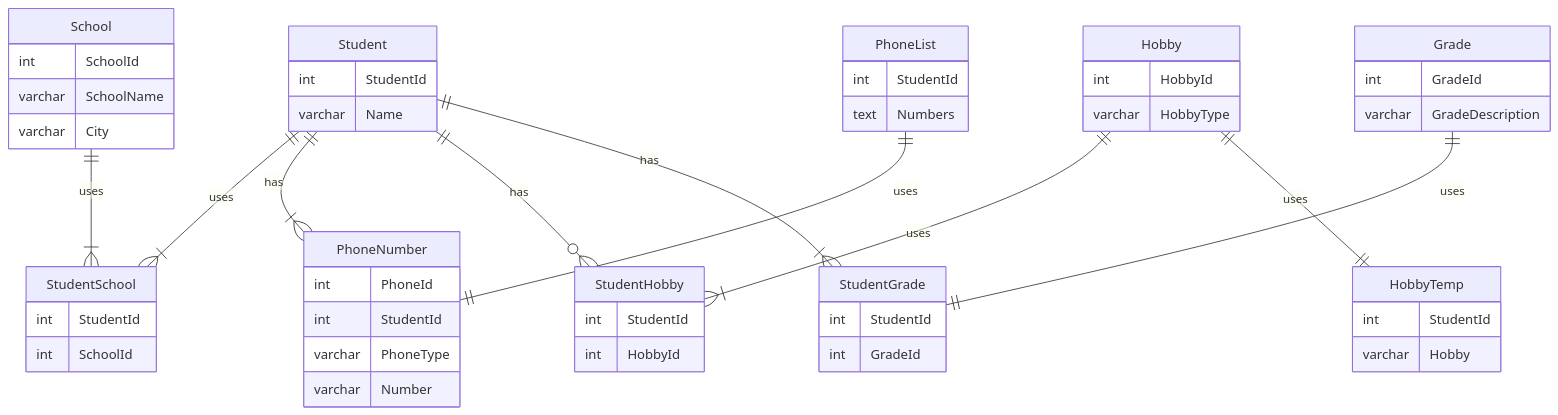
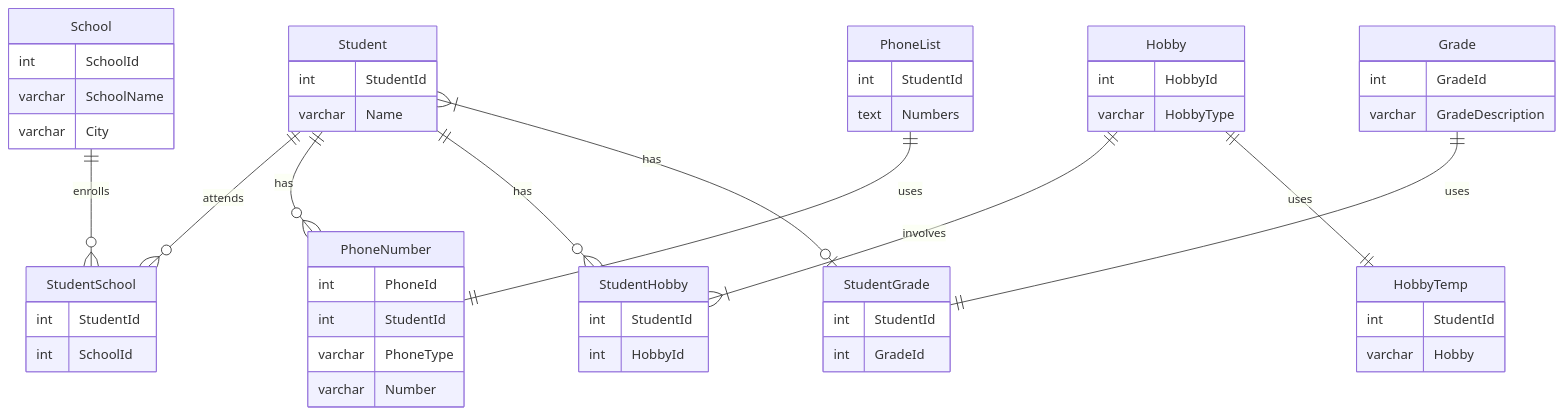
The diagram in README.md (HannahDJU22/db2022-Projekt1), drawn with Mermaid before and after one commit.

Commit message:
updated er-diagram relations

````diff
--- a/README.md
+++ b/README.md
@@ -6,55 +6,55 @@
 ```mermaid
 erDiagram
 Student{
 int StudentId
 varchar Name
 }
 School{
 int SchoolId
 varchar SchoolName
 varchar City
 }
 StudentSchool{
 int StudentId
 int SchoolId
 }
 PhoneNumber{
 int PhoneId
 int StudentId
 varchar PhoneType
 varchar Number
 }
 Hobby{
 int HobbyId
 varchar HobbyType
 }
 StudentHobby{
 int StudentId
 int HobbyId
 }
 Grade{
 int GradeId
 varchar GradeDescription
 }
 StudentGrade{
 int StudentId
 int GradeId
 }
 HobbyTemp{
 int StudentId
 varchar Hobby
 }
 PhoneList{
 int StudentId
 text Numbers
 }
-Student ||--|{ StudentSchool : uses
-School ||--|{ StudentSchool : uses
-Student ||--|{ PhoneNumber : has
+Student ||--o{ StudentSchool : attends
+School ||--o{ StudentSchool : enrolls
+Student ||--o{ PhoneNumber : has
 Student ||--o{ StudentHobby : has
-Hobby ||--|{ StudentHobby : uses
-Student ||--|{ StudentGrade : has
+Hobby ||--|{ StudentHobby : involves
+Student }|--|o StudentGrade : has
 Grade ||--|| StudentGrade : uses
 Hobby ||--|| HobbyTemp : uses
 PhoneList ||--|| PhoneNumber : uses
 ```
````
